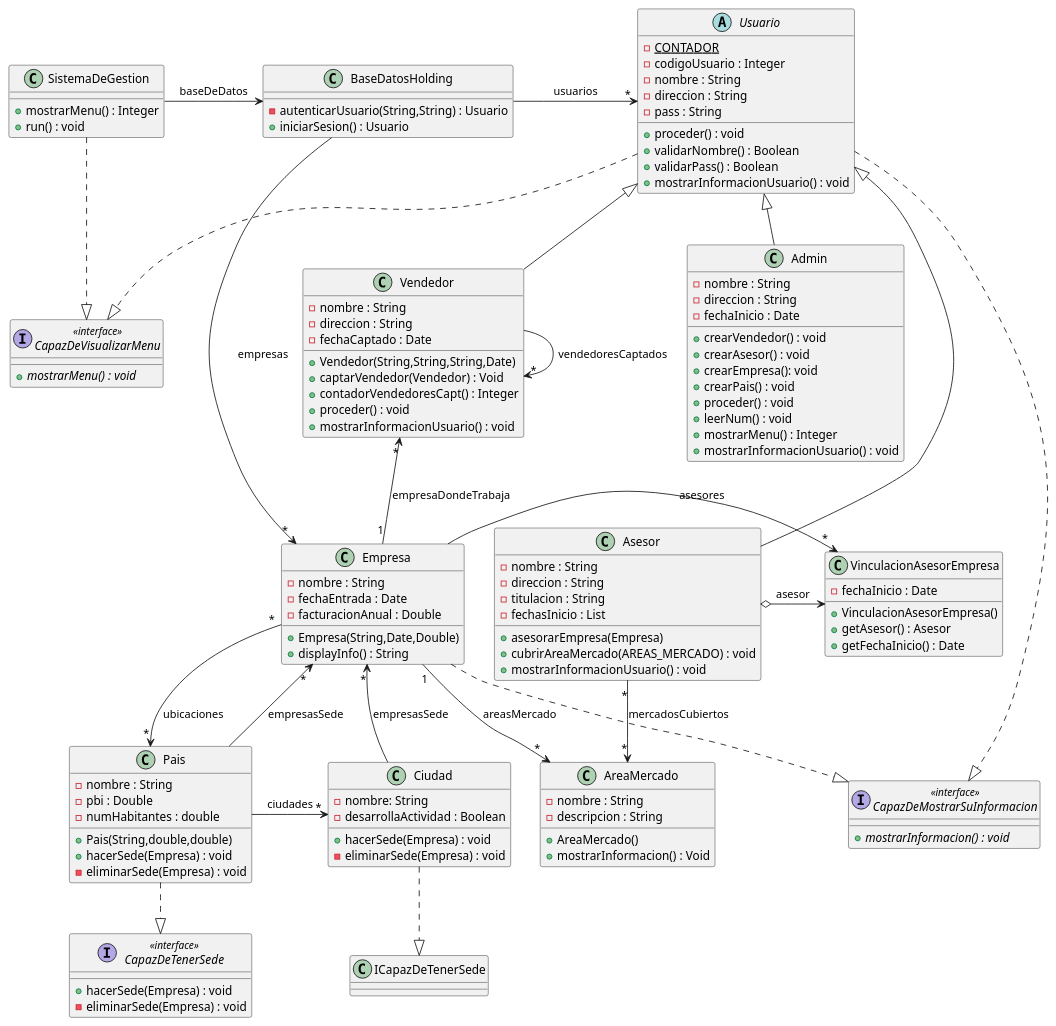
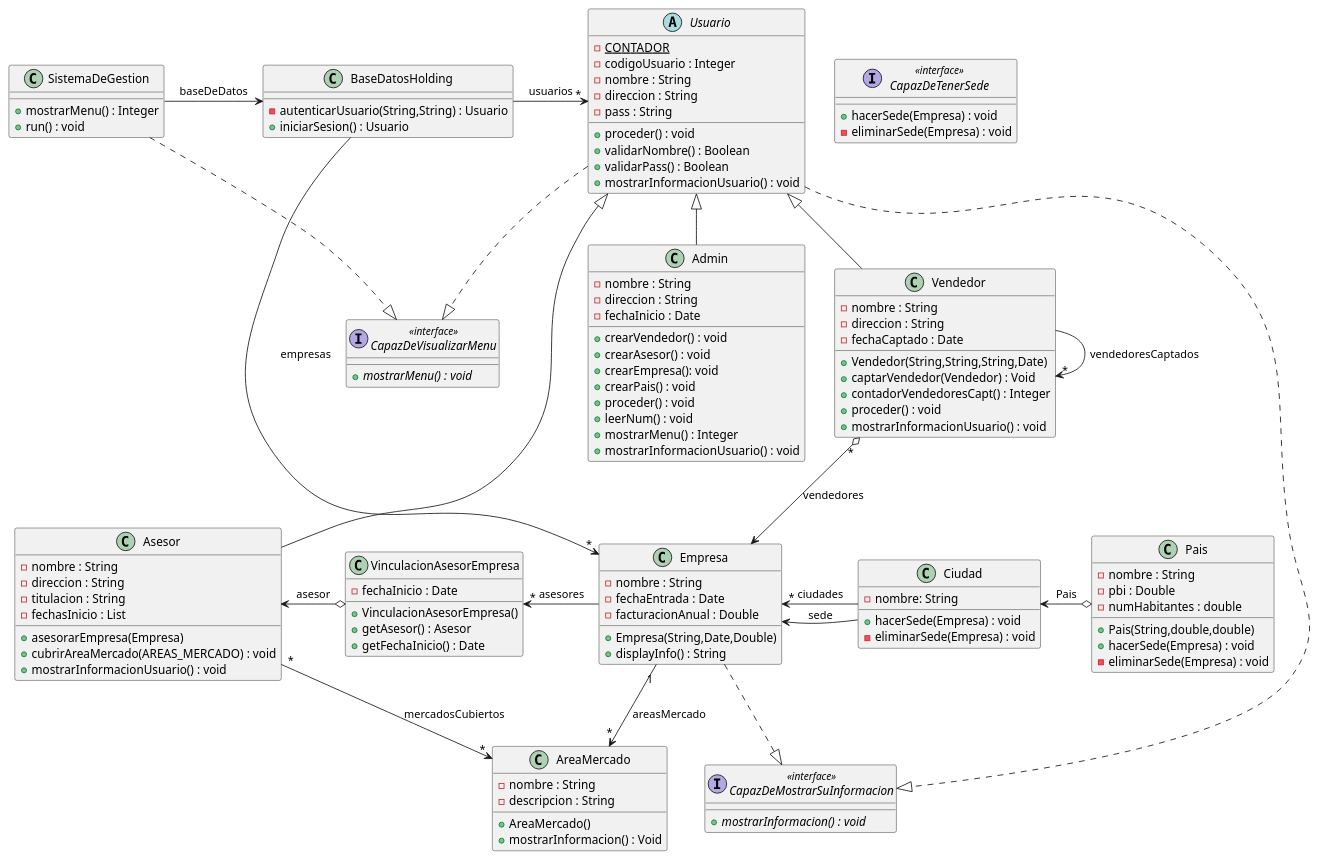
Before and after one commit to maxi-stein/Proyecto-Programacion-2: the diagram in proyecto-programacion2/src/holding/diagrama-de-clases.puml, drawn with PlantUML. The commit also changed 2 other files, not shown here.

Commit message:
Modificacion Relacion Vendedor-Empresa

```diff
--- a/proyecto-programacion2/src/holding/diagrama-de-clases.puml
+++ b/proyecto-programacion2/src/holding/diagrama-de-clases.puml
@@ -1,140 +1,138 @@
 @startuml
 class SistemaDeGestion{
 +mostrarMenu() : Integer
 +run() : void
 }
 
 class BaseDatosHolding{
 -autenticarUsuario(String,String) : Usuario
 +iniciarSesion() : Usuario
 }
 
 abstract Usuario{
 -{static} CONTADOR
 -codigoUsuario : Integer
 -nombre : String
 -direccion : String
 -pass : String
 
 +proceder() : void
 +validarNombre() : Boolean
 +validarPass() : Boolean
 +mostrarInformacionUsuario() : void
 }
 
 class Vendedor extends Usuario{
     -nombre : String
     -direccion : String
     -fechaCaptado : Date
     +Vendedor(String,String,String,Date)
     +captarVendedor(Vendedor) : Void
     +contadorVendedoresCapt() : Integer
     +proceder() : void
     +mostrarInformacionUsuario() : void
 
 }
 
 class Empresa{
     -nombre : String
     -fechaEntrada : Date
     -facturacionAnual : Double
     +Empresa(String,Date,Double)
     +displayInfo() : String
 }
 
 class AreaMercado {
     -nombre : String
     -descripcion : String
 
     +AreaMercado()
     +mostrarInformacion() : Void
 }
 
 class Asesor extends Usuario{
 -nombre : String
 -direccion : String
 -titulacion : String
 -fechasInicio : List
 +asesorarEmpresa(Empresa)
 +cubrirAreaMercado(AREAS_MERCADO) : void
 +mostrarInformacionUsuario() : void
 }
 
 class VinculacionAsesorEmpresa{
     -fechaInicio : Date
 
     +VinculacionAsesorEmpresa()
     +getAsesor() : Asesor
     +getFechaInicio() : Date
 }
 
 class Admin extends Usuario{
 -nombre : String
 -direccion : String
 -fechaInicio : Date
 +crearVendedor() : void
 +crearAsesor() : void
 +crearEmpresa(): void
 +crearPais() : void
 +proceder() : void
 +leerNum() : void
 +mostrarMenu() : Integer
 +mostrarInformacionUsuario() : void
 }
 
 class Pais{
     -nombre : String
     -pbi : Double
     -numHabitantes : double
 
     +Pais(String,double,double)
     +hacerSede(Empresa) : void
     -eliminarSede(Empresa) : void
 }
 
 class Ciudad{
     -nombre: String
-    -desarrollaActividad : Boolean
 
     +hacerSede(Empresa) : void
     -eliminarSede(Empresa) : void
 }
 
 interface CapazDeTenerSede <<interface>>{
     +hacerSede(Empresa) : void
     -eliminarSede(Empresa) : void
 }
 
 interface CapazDeVisualizarMenu <<interface>>{
     +{abstract} mostrarMenu() : void
 }
 
 interface CapazDeMostrarSuInformacion <<interface>>{
     +{abstract} mostrarInformacion() : void
 }
 
 
 
 
 SistemaDeGestion -> BaseDatosHolding : "baseDeDatos"
 SistemaDeGestion -.|> CapazDeVisualizarMenu
 BaseDatosHolding -> "*" Usuario : usuarios
 BaseDatosHolding -> "*" Empresa : empresas
 Usuario -.|> CapazDeVisualizarMenu
 Usuario -.|> CapazDeMostrarSuInformacion
-Vendedor "*"<-- "1" Empresa : empresaDondeTrabaja
+Vendedor "*" o--> Empresa : vendedores
 Vendedor -> "*" Vendedor : vendedoresCaptados
+
 Empresa "1"--> "*" AreaMercado : areasMercado
-Empresa "*" --> "*" Pais : ubicaciones
 Empresa -.|> CapazDeMostrarSuInformacion
-Empresa -> "*" VinculacionAsesorEmpresa : asesores
-Pais -> "*" Ciudad : ciudades
-Pais -.|> CapazDeTenerSede
-Pais --> "*" Empresa : empresasSede
-Ciudad -.|> ICapazDeTenerSede
-Ciudad --> "*" Empresa : empresasSede
-Asesor "*"--> "*" AreaMercado : mercadosCubiertos
-Asesor o-> VinculacionAsesorEmpresa : asesor
+Empresa <- Ciudad : sede
+VinculacionAsesorEmpresa "*" <- Empresa: asesores
+Ciudad <-o Pais : Pais
+Ciudad -> "*" Empresa : ciudades
+
+Asesor "*"-> "*" AreaMercado : mercadosCubiertos
+Asesor <-o VinculacionAsesorEmpresa : asesor
 
 
 @enduml
```
